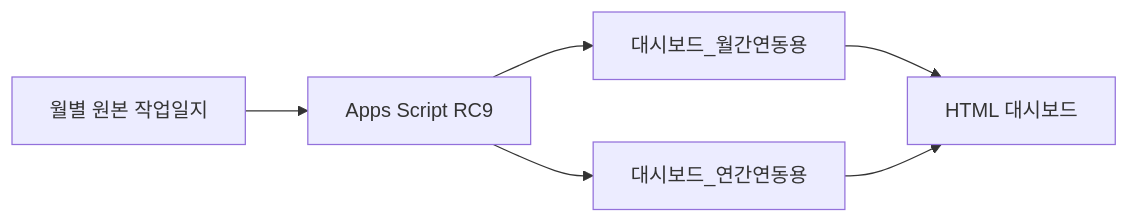
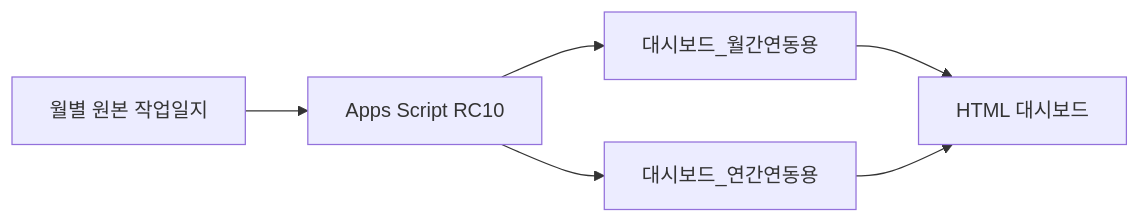
One commit to mambug-lab/pig-farm-dashboard changed the diagram in docs/PROJECT_STATUS.md. Above: the diagram before and after it, drawn with Mermaid. The commit also changed other lines of this file and 4 other files, not shown here.

````diff
--- a/docs/PROJECT_STATUS.md
+++ b/docs/PROJECT_STATUS.md
@@ -18,8 +18,8 @@
 ```mermaid
 flowchart LR
-    A["월별 원본 작업일지"] --> B["Apps Script RC9"]
+    A["월별 원본 작업일지"] --> B["Apps Script RC10"]
     B --> C["대시보드_월간연동용"]
     B --> D["대시보드_연간연동용"]
     C --> E["HTML 대시보드"]
     D --> E
 ```
````
